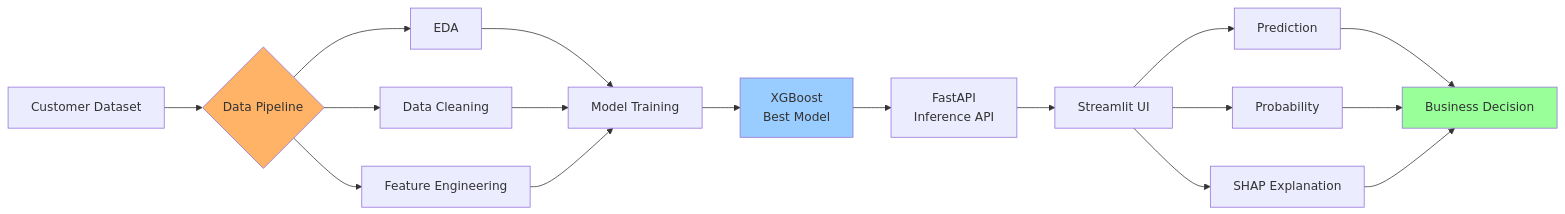
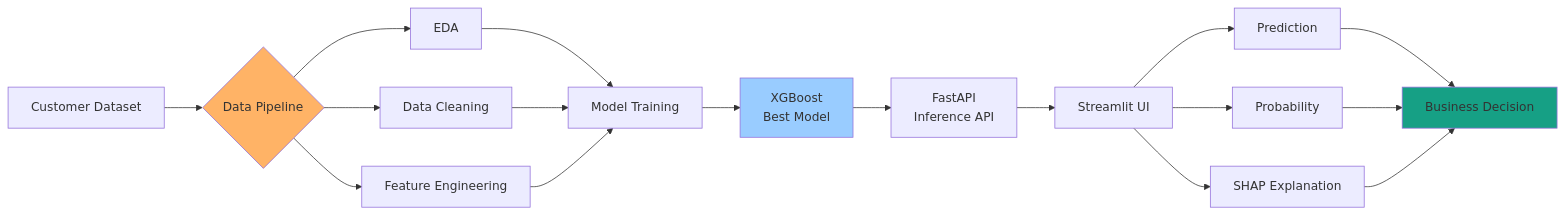
Before and after one commit to BatthulaVinay/End-to-End-Machine-Learning-Churn-Prediction: the diagram in README.md, drawn with Mermaid. The commit also changed other lines of this file, not shown here.

````diff
--- a/README.md
+++ b/README.md
@@ -70,30 +72,30 @@
 ```mermaid
 graph LR
     A[Customer Dataset] --> B{Data Pipeline}
 
     B --> C[EDA]
     B --> D[Data Cleaning]
     B --> E[Feature Engineering]
 
     C --> F[Model Training]
     D --> F
     E --> F
 
     F --> G[XGBoost<br/>Best Model]
 
     G --> H[FastAPI<br/>Inference API]
 
     H --> I[Streamlit UI]
 
     I --> J[Prediction]
     I --> K[Probability]
     I --> L[SHAP Explanation]
 
     J --> M[Business Decision]
     K --> M
     L --> M
 
     style B fill:#ffb366
     style G fill:#99ccff
-    style M fill:#99ff99
+    style M fill:#16A085
 ```
````
